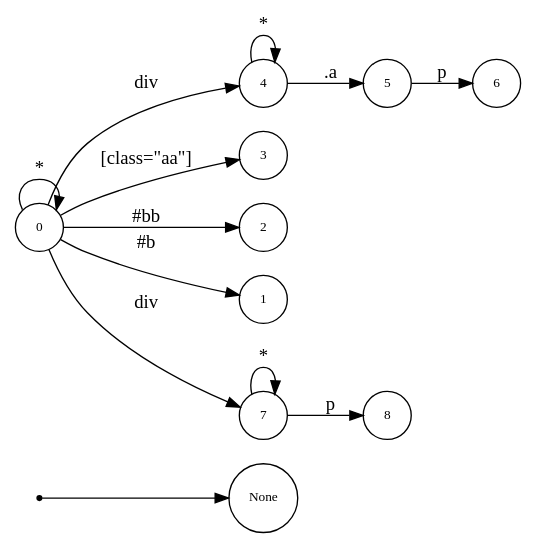
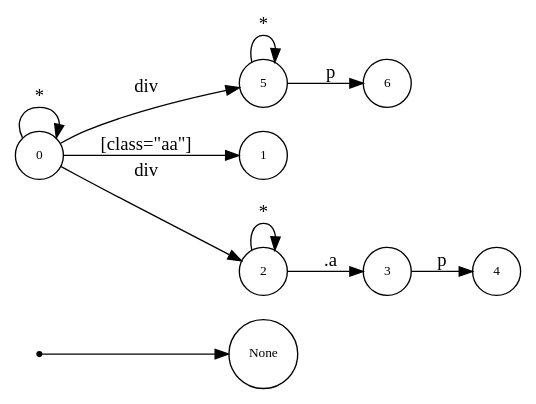
Before and after one commit to asukaminato0721/css-bitvector-compiler: the diagram in css-gen-op/testcase/dot_quad.dot, drawn with Graphviz. The commit also changed 107 other files, not shown here.

```diff
--- a/css-gen-op/testcase/dot_quad.dot
+++ b/css-gen-op/testcase/dot_quad.dot
@@ -1,27 +1,23 @@
 digraph NFA {
   rankdir=LR;
   node [shape=circle, fontsize=10];
   __start [shape=point, label=""];
   __start -> None;
+  4 [label="4"];
+  5 [label="5"];
+  0 [label="0"];
   6 [label="6"];
-  0 [label="0"];
-  5 [label="5"];
-  4 [label="4"];
+  1 [label="1"];
+  2 [label="2"];
   3 [label="3"];
-  2 [label="2"];
-  1 [label="1"];
-  8 [label="8"];
-  7 [label="7"];
-  { node [shape=doublecircle]; 1 2 3 6 8 }
+  { node [shape=doublecircle]; 1 4 6 }
   0 -> 0 [label="*"];
-  0 -> 1 [label="#b"];
-  0 -> 2 [label="#bb"];
-  0 -> 3 [label="[class=\"aa\"]"];
-  0 -> 4 [label="div"];
-  4 -> 4 [label="*"];
-  4 -> 5 [label=".a"];
+  0 -> 1 [label="[class=\"aa\"]"];
+  0 -> 2 [label="div"];
+  2 -> 2 [label="*"];
+  2 -> 3 [label=".a"];
+  3 -> 4 [label="p"];
+  0 -> 5 [label="div"];
+  5 -> 5 [label="*"];
   5 -> 6 [label="p"];
-  0 -> 7 [label="div"];
-  7 -> 7 [label="*"];
-  7 -> 8 [label="p"];
 }
```
